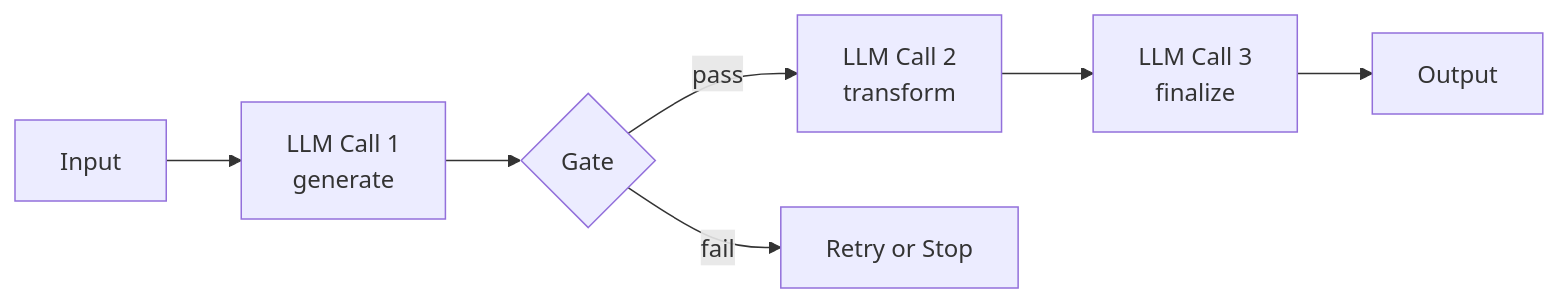
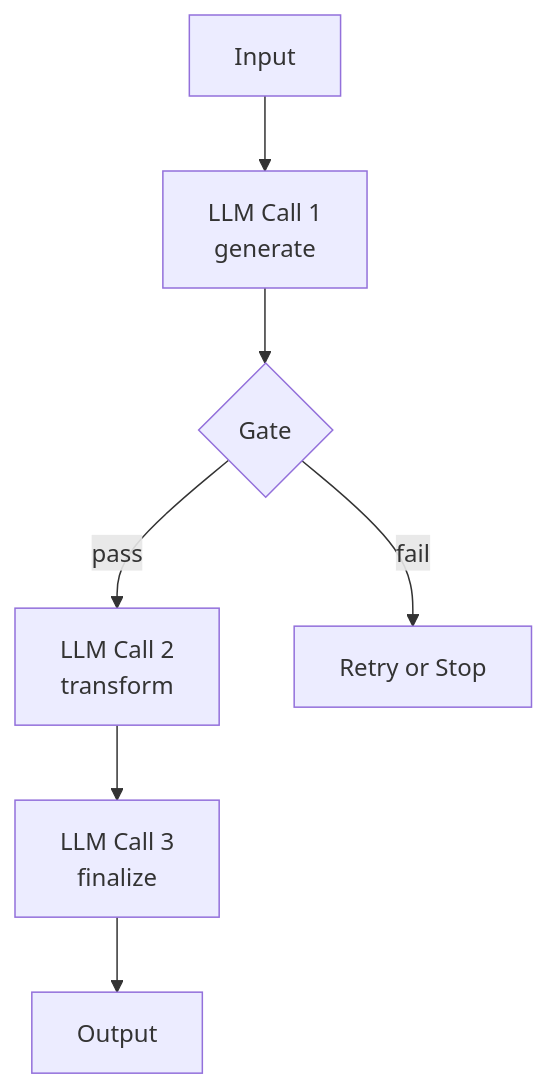
One commit to choesimin/choesimin.github.io changed the second of 6 diagrams in collections/_notes/ai/agentic-system/workflow.md. Above: the diagram before and after it, drawn with Mermaid. The commit also changed other lines of this file, not shown here.

````diff
--- a/collections/_notes/ai/agentic-system/workflow.md
+++ b/collections/_notes/ai/agentic-system/workflow.md
@@ -39,9 +70,9 @@
 ```mermaid
-flowchart LR
+flowchart TD
     input[Input] --> step1[LLM Call 1<br>generate]
     step1 --> gate{Gate}
     gate -->|pass| step2[LLM Call 2<br>transform]
     gate -->|fail| retry[Retry or Stop]
     step2 --> step3[LLM Call 3<br>finalize]
     step3 --> output[Output]
 ```
````
